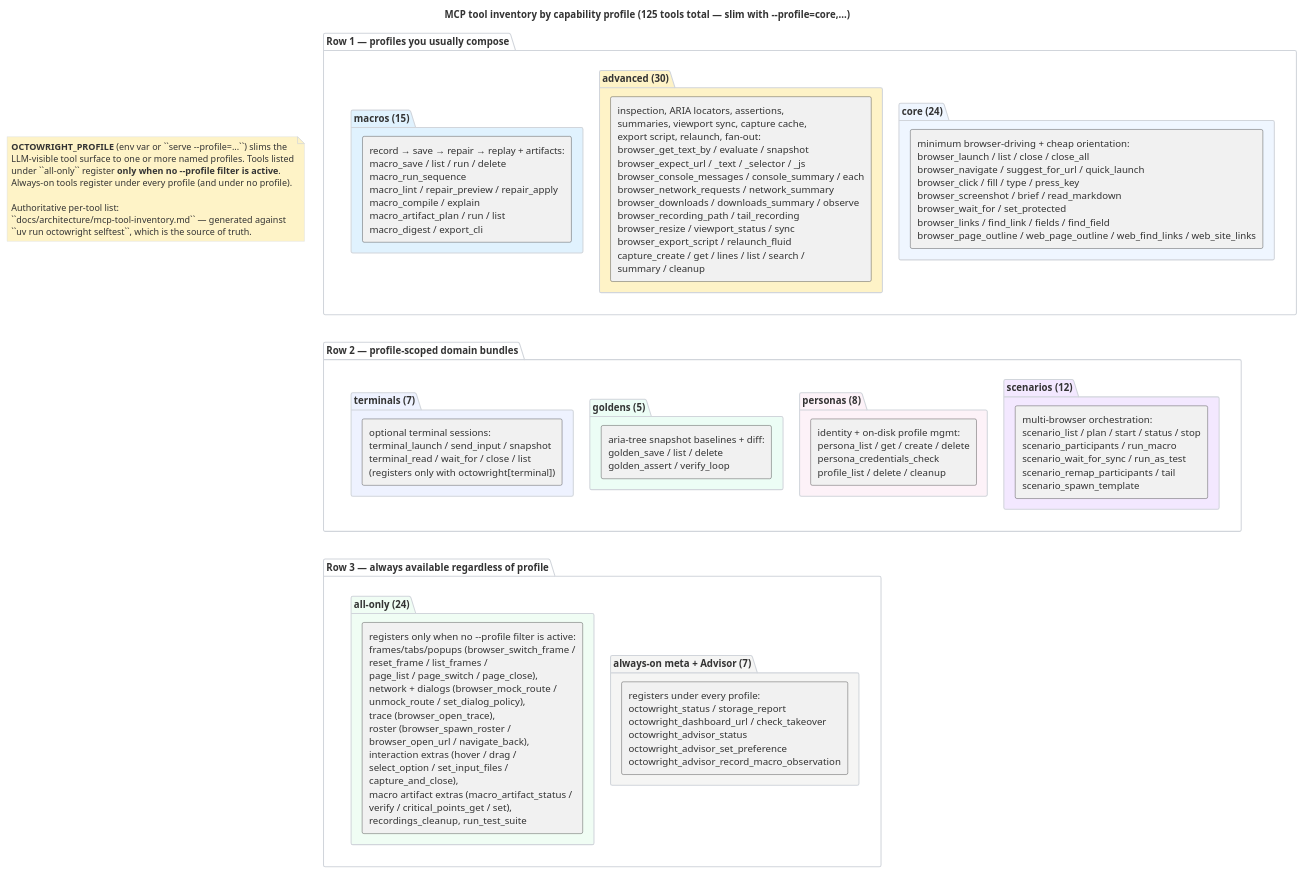
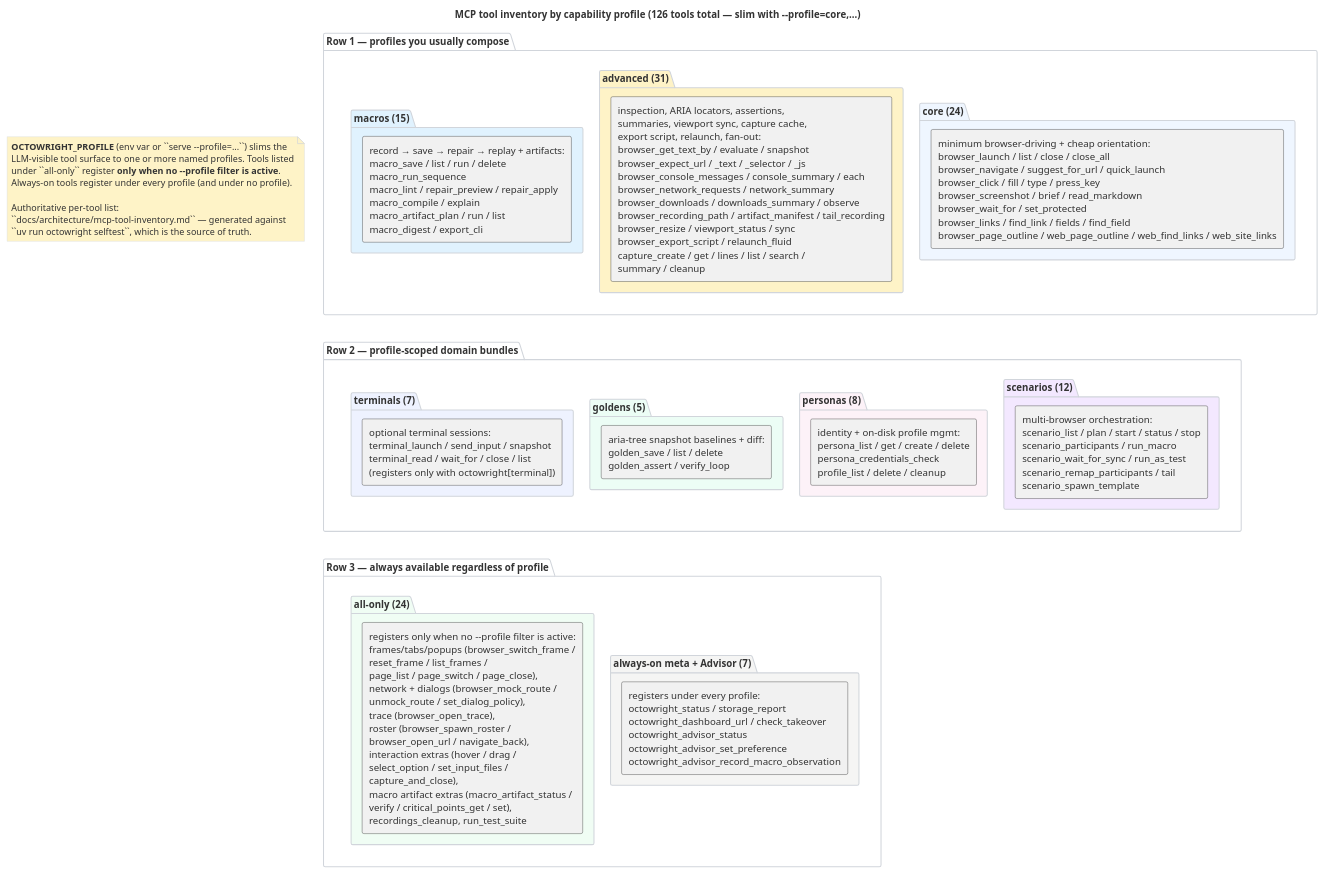
Before and after one commit to livingstaccato/octowright: the diagram in docs/architecture/mcp-tool-surface.puml, drawn with PlantUML. The commit also changed 8 other files, not shown here.

First line of the commit message:
docs: sync tool counts + new browser_launch/close_all/artifact_manifest params

```diff
--- a/docs/architecture/mcp-tool-surface.puml
+++ b/docs/architecture/mcp-tool-surface.puml
@@ -5,71 +5,71 @@
 @startuml mcp-tool-surface
-title MCP tool inventory by capability profile (125 tools total — slim with --profile=core,...)
+title MCP tool inventory by capability profile (126 tools total — slim with --profile=core,...)
 
 skinparam backgroundColor #ffffff
 skinparam defaultFontColor #333333
 skinparam packageBorderColor #d1d5db
 skinparam packageBackgroundColor #f9fafb
 skinparam noteBackgroundColor #fef3c7
 skinparam noteBorderColor #d1d5db
 skinparam ArrowColor transparent
 
 ' PlantUML doesn't have a real grid layout. The trick that works: wrap
 ' each row of profile boxes in an outer "row" package. Outer packages
 ' stack vertically because nothing links them horizontally; inner
 ' boxes pack horizontally within their row.
 
 note as LEGEND #fef3c7
   **OCTOWRIGHT_PROFILE** (env var or ``serve --profile=...``) slims the
   LLM-visible tool surface to one or more named profiles. Tools listed
   under ``all-only`` register **only when no --profile filter is active**.
   Always-on tools register under every profile (and under no profile).
 
   Authoritative per-tool list:
   ``docs/architecture/mcp-tool-inventory.md`` — generated against
   ``uv run octowright selftest``, which is the source of truth.
 end note
 
 package "Row 1 — profiles you usually compose" as ROW1 #ffffff {
   package "core (24)" as P_CORE #eff6ff {
     rectangle "minimum browser-driving + cheap orientation:\nbrowser_launch / list / close / close_all\nbrowser_navigate / suggest_for_url / quick_launch\nbrowser_click / fill / type / press_key\nbrowser_screenshot / brief / read_markdown\nbrowser_wait_for / set_protected\nbrowser_links / find_link / fields / find_field\nbrowser_page_outline / web_page_outline / web_find_links / web_site_links" as R_CORE
   }
-  package "advanced (30)" as P_ADV #fef3c7 {
-    rectangle "inspection, ARIA locators, assertions,\nsummaries, viewport sync, capture cache,\nexport script, relaunch, fan-out:\nbrowser_get_text_by / evaluate / snapshot\nbrowser_expect_url / _text / _selector / _js\nbrowser_console_messages / console_summary / each\nbrowser_network_requests / network_summary\nbrowser_downloads / downloads_summary / observe\nbrowser_recording_path / tail_recording\nbrowser_resize / viewport_status / sync\nbrowser_export_script / relaunch_fluid\ncapture_create / get / lines / list / search /\nsummary / cleanup" as R_ADV
+  package "advanced (31)" as P_ADV #fef3c7 {
+    rectangle "inspection, ARIA locators, assertions,\nsummaries, viewport sync, capture cache,\nexport script, relaunch, fan-out:\nbrowser_get_text_by / evaluate / snapshot\nbrowser_expect_url / _text / _selector / _js\nbrowser_console_messages / console_summary / each\nbrowser_network_requests / network_summary\nbrowser_downloads / downloads_summary / observe\nbrowser_recording_path / artifact_manifest / tail_recording\nbrowser_resize / viewport_status / sync\nbrowser_export_script / relaunch_fluid\ncapture_create / get / lines / list / search /\nsummary / cleanup" as R_ADV
   }
   package "macros (15)" as P_MAC #e0f2fe {
     rectangle "record → save → repair → replay + artifacts:\nmacro_save / list / run / delete\nmacro_run_sequence\nmacro_lint / repair_preview / repair_apply\nmacro_compile / explain\nmacro_artifact_plan / run / list\nmacro_digest / export_cli" as R_MAC
   }
 }
 
 package "Row 2 — profile-scoped domain bundles" as ROW2 #ffffff {
   package "scenarios (12)" as P_SCN #f3e8ff {
     rectangle "multi-browser orchestration:\nscenario_list / plan / start / status / stop\nscenario_participants / run_macro\nscenario_wait_for_sync / run_as_test\nscenario_remap_participants / tail\nscenario_spawn_template" as R_SCN
   }
   package "personas (8)" as P_PERS #fdf2f8 {
     rectangle "identity + on-disk profile mgmt:\npersona_list / get / create / delete\npersona_credentials_check\nprofile_list / delete / cleanup" as R_PERS
   }
   package "goldens (5)" as P_GOLD #ecfdf5 {
     rectangle "aria-tree snapshot baselines + diff:\ngolden_save / list / delete\ngolden_assert / verify_loop" as R_GOLD
   }
   package "terminals (7)" as P_TERM #eef2ff {
     rectangle "optional terminal sessions:\nterminal_launch / send_input / snapshot\nterminal_read / wait_for / close / list\n(registers only with octowright[terminal])" as R_TERM
   }
 }
 
 package "Row 3 — always available regardless of profile" as ROW3 #ffffff {
   package "always-on meta + Advisor (7)" as P_META #f5f5f4 {
     rectangle "registers under every profile:\noctowright_status / storage_report\noctowright_dashboard_url / check_takeover\noctowright_advisor_status\noctowright_advisor_set_preference\noctowright_advisor_record_macro_observation" as R_META
   }
   package "all-only (24)" as P_ALL #f0fdf4 {
     rectangle "registers only when no --profile filter is active:\nframes/tabs/popups (browser_switch_frame /\nreset_frame / list_frames /\npage_list / page_switch / page_close),\nnetwork + dialogs (browser_mock_route /\nunmock_route / set_dialog_policy),\ntrace (browser_open_trace),\nroster (browser_spawn_roster /\nbrowser_open_url / navigate_back),\ninteraction extras (hover / drag /\nselect_option / set_input_files /\ncapture_and_close),\nmacro artifact extras (macro_artifact_status /\nverify / critical_points_get / set),\nrecordings_cleanup, run_test_suite" as R_ALL
   }
 }
 
 ' Force vertical stacking of the row packages. Without these, PlantUML
 ' lays the three outer packages out in a single horizontal strip.
 ' (The note doesn't participate — hidden-arrow on a note leaks as a
 ' visible text label in some renderers.)
 ROW1 -[hidden]down-> ROW2
 ROW2 -[hidden]down-> ROW3
 
 @enduml
```
